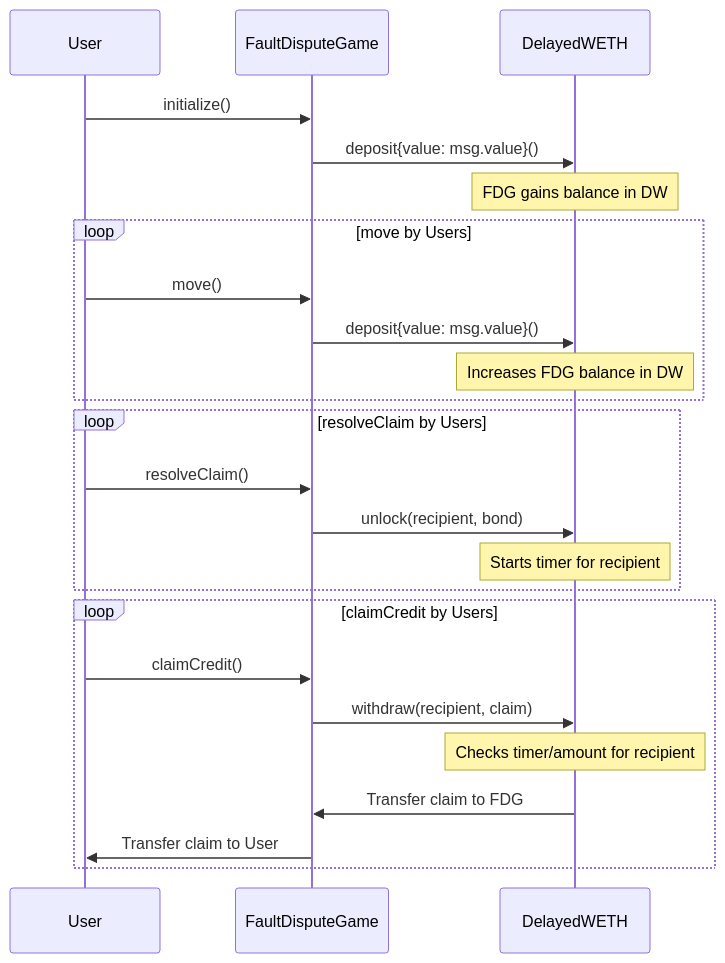
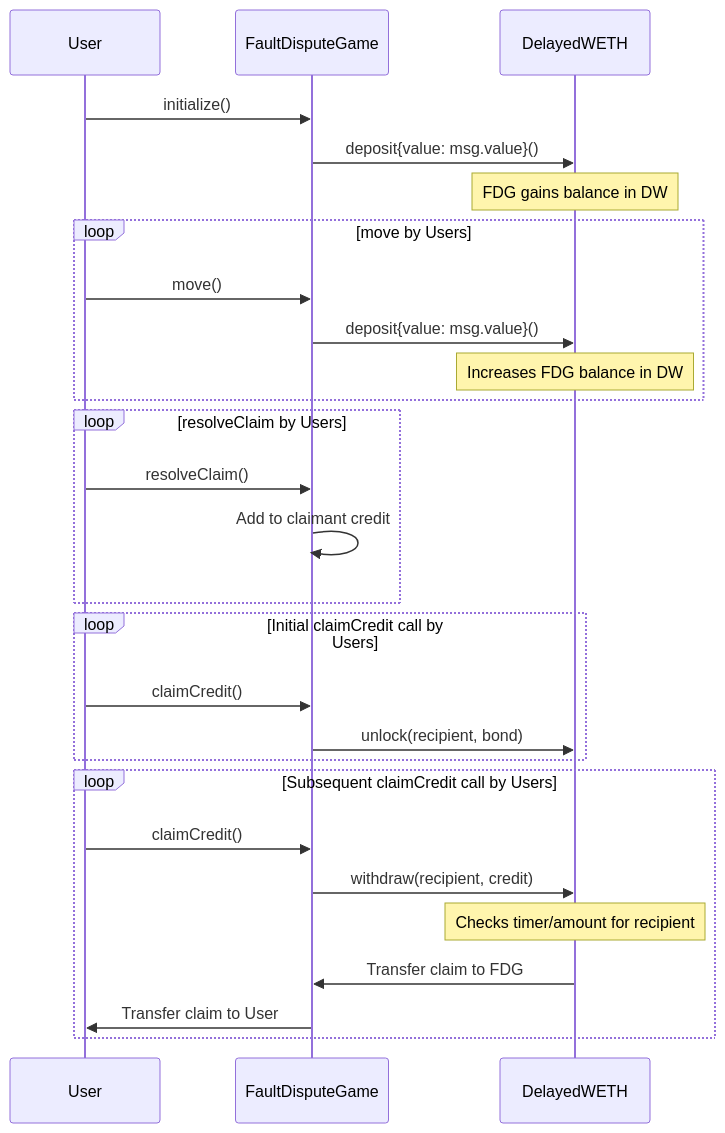
Before and after one commit to ethereum-optimism/specs: the diagram in specs/fault-proof/stage-one/bond-incentives.md, drawn with Mermaid. The commit also changed other lines of this file and 1 other file, not shown here.

Commit message:
expand FDG, bond incentives

````diff
--- a/specs/fault-proof/stage-one/bond-incentives.md
+++ b/specs/fault-proof/stage-one/bond-incentives.md
@@ -180,30 +229,34 @@
 ```mermaid
 sequenceDiagram
     participant U as User
     participant FDG as FaultDisputeGame
     participant DW as DelayedWETH
 
     U->>FDG: initialize()
     FDG->>DW: deposit{value: msg.value}()
     Note over DW: FDG gains balance in DW
 
     loop move by Users
         U->>FDG: move()
         FDG->>DW: deposit{value: msg.value}()
         Note over DW: Increases FDG balance in DW
     end
 
     loop resolveClaim by Users
         U->>FDG: resolveClaim()
-        FDG->>DW: unlock(recipient, bond)
-        Note over DW: Starts timer for recipient
+        FDG->>FDG: Add to claimant credit
     end
 
-    loop claimCredit by Users
+  loop Initial claimCredit call by Users
         U->>FDG: claimCredit()
-        FDG->>DW: withdraw(recipient, claim)
+        FDG->>DW: unlock(recipient, bond)
+    end
+
+    loop Subsequent claimCredit call by Users
+        U->>FDG: claimCredit()
+        FDG->>DW: withdraw(recipient, credit)
         Note over DW: Checks timer/amount for recipient
         DW->>FDG: Transfer claim to FDG
         FDG->>U: Transfer claim to User
     end
 ```
````
